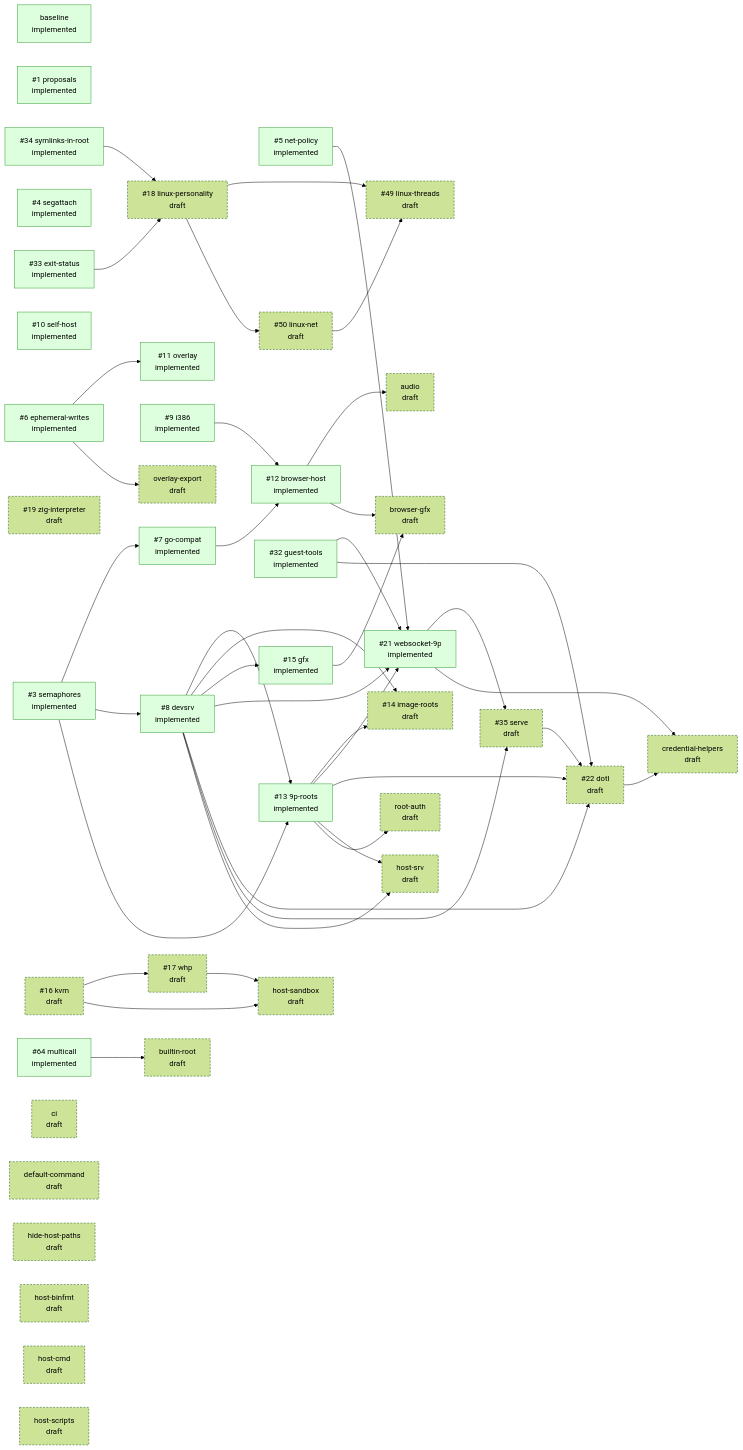
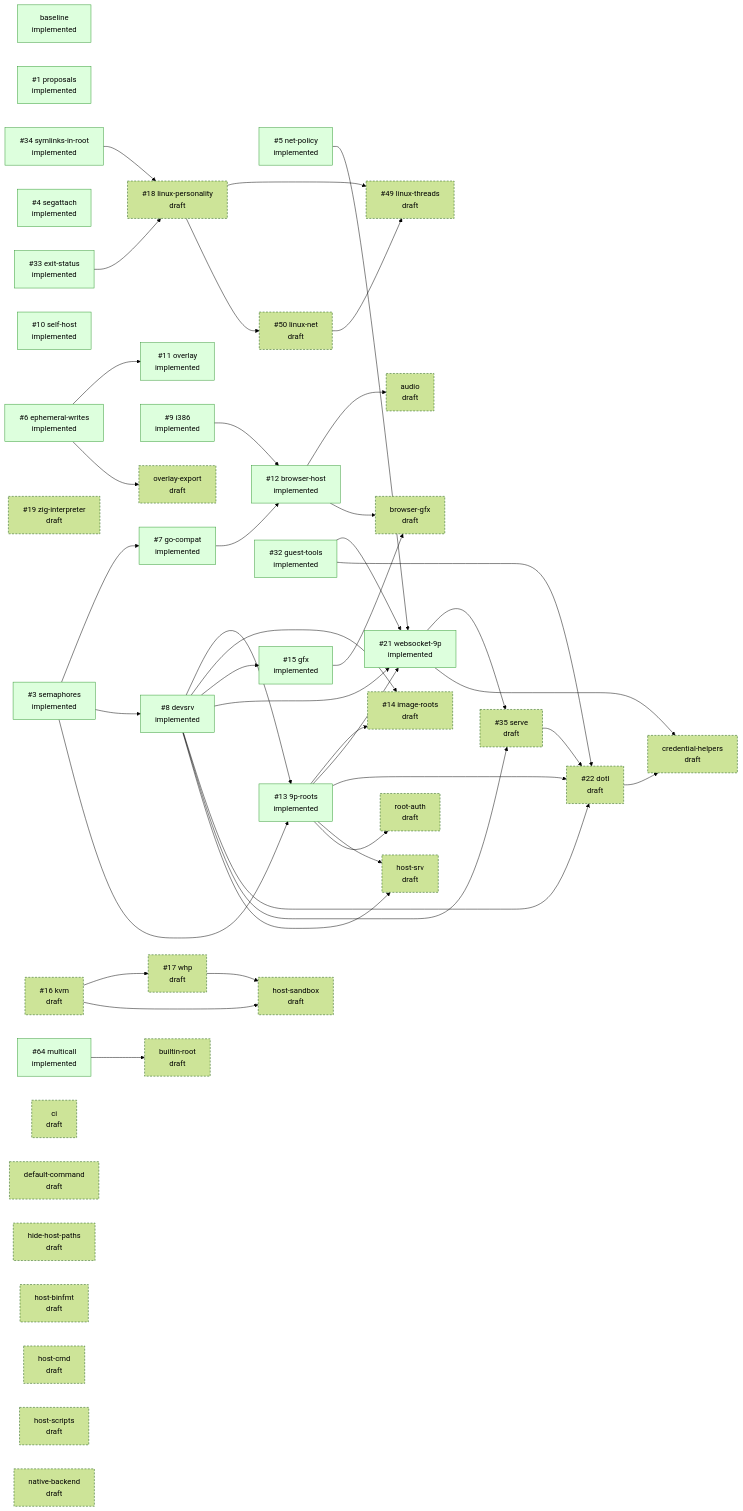
One commit to progrium/hyper9 changed the diagram in design/STATUS.md. Above: the diagram before and after it, drawn with Mermaid (forest theme). The commit also changed other lines of this file, not shown here.

Commit message:
design: regenerate STATUS.md

```diff
--- a/design/STATUS.md
+++ b/design/STATUS.md
@@ -95,6 +96,7 @@
   p_host_sandbox["host-sandbox<br/>draft"]:::draft
   p_host_scripts["host-scripts<br/>draft"]:::draft
   p_host_srv["host-srv<br/>draft"]:::draft
+  p_native_backend["native-backend<br/>draft"]:::draft
   p_overlay_export["overlay-export<br/>draft"]:::draft
   p_root_auth["root-auth<br/>draft"]:::draft
   p_semaphores --> p_go_compat
```
